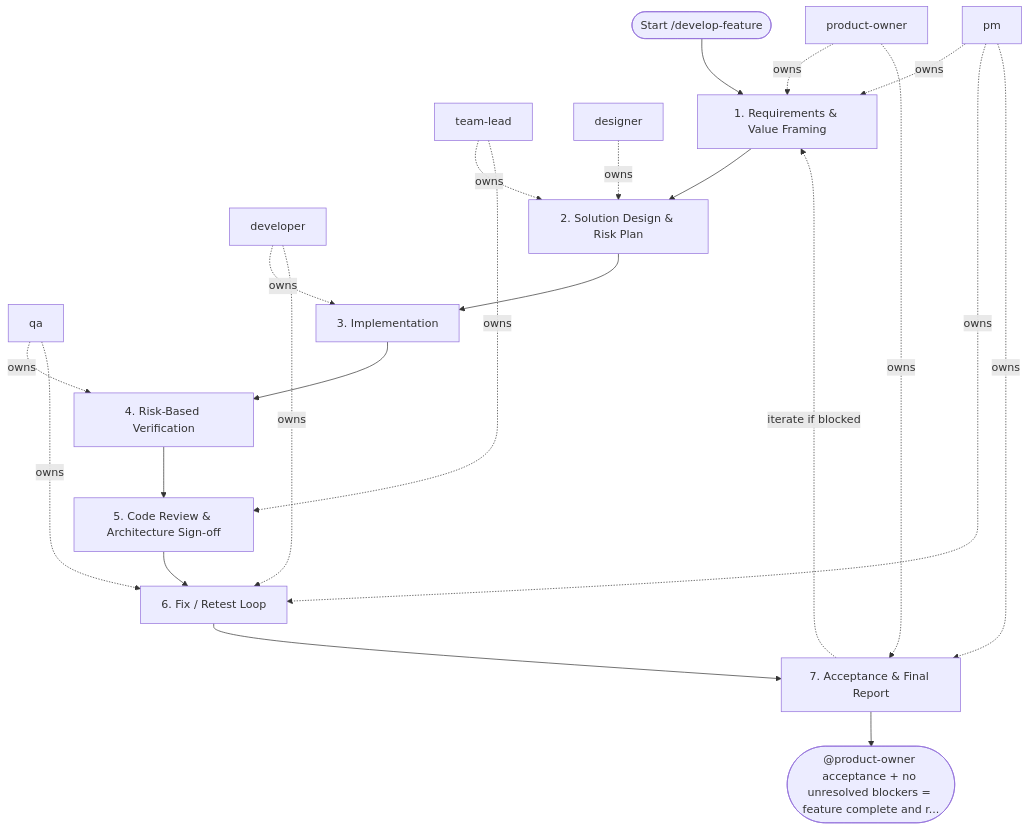
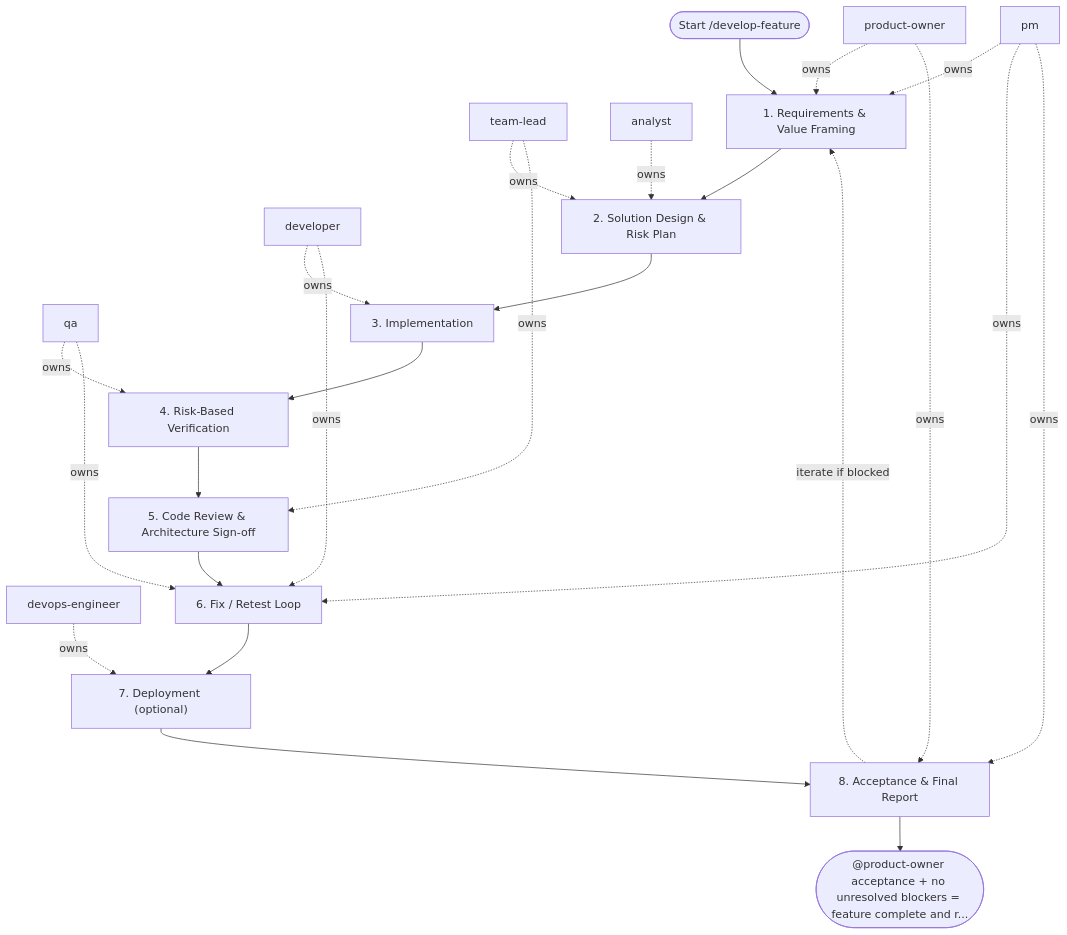
One commit to sawrus/agent-guides changed the diagram in areas/software/backend/workflows/develop-feature.md. Above: the diagram before and after it, drawn with Mermaid. The commit also changed other lines of this file and 135 other files, not shown here.

````diff
--- a/areas/software/backend/workflows/develop-feature.md
+++ b/areas/software/backend/workflows/develop-feature.md
@@ -92,39 +99,43 @@
 ```mermaid
 flowchart TD
   start(["Start /develop-feature"])
   role_1["product-owner"]
   role_2["pm"]
   role_3["team-lead"]
-  role_4["designer"]
+  role_4["analyst"]
   role_5["developer"]
   role_6["qa"]
+  role_7["devops-engineer"]
   step_1["1. Requirements & Value Framing"]
   step_2["2. Solution Design & Risk Plan"]
   step_3["3. Implementation"]
   step_4["4. Risk-Based Verification"]
   step_5["5. Code Review & Architecture Sign-off"]
   step_6["6. Fix / Retest Loop"]
-  step_7["7. Acceptance & Final Report"]
+  step_7["7. Deployment (optional)"]
+  step_8["8. Acceptance & Final Report"]
   exit(["@product-owner acceptance + no unresolved blockers = feature complete and r..."])
   start --> step_1
   step_1 --> step_2
   step_2 --> step_3
   step_3 --> step_4
   step_4 --> step_5
   step_5 --> step_6
   step_6 --> step_7
-  step_7 --> exit
+  step_7 --> step_8
+  step_8 --> exit
   role_1 -. owns .-> step_1
   role_2 -. owns .-> step_1
   role_3 -. owns .-> step_2
   role_4 -. owns .-> step_2
   role_5 -. owns .-> step_3
   role_6 -. owns .-> step_4
   role_3 -. owns .-> step_5
   role_5 -. owns .-> step_6
   role_6 -. owns .-> step_6
   role_2 -. owns .-> step_6
-  role_1 -. owns .-> step_7
-  role_2 -. owns .-> step_7
-  step_7 -. iterate if blocked .-> step_1
+  role_7 -. owns .-> step_7
+  role_1 -. owns .-> step_8
+  role_2 -. owns .-> step_8
+  step_8 -. iterate if blocked .-> step_1
 ```
````
